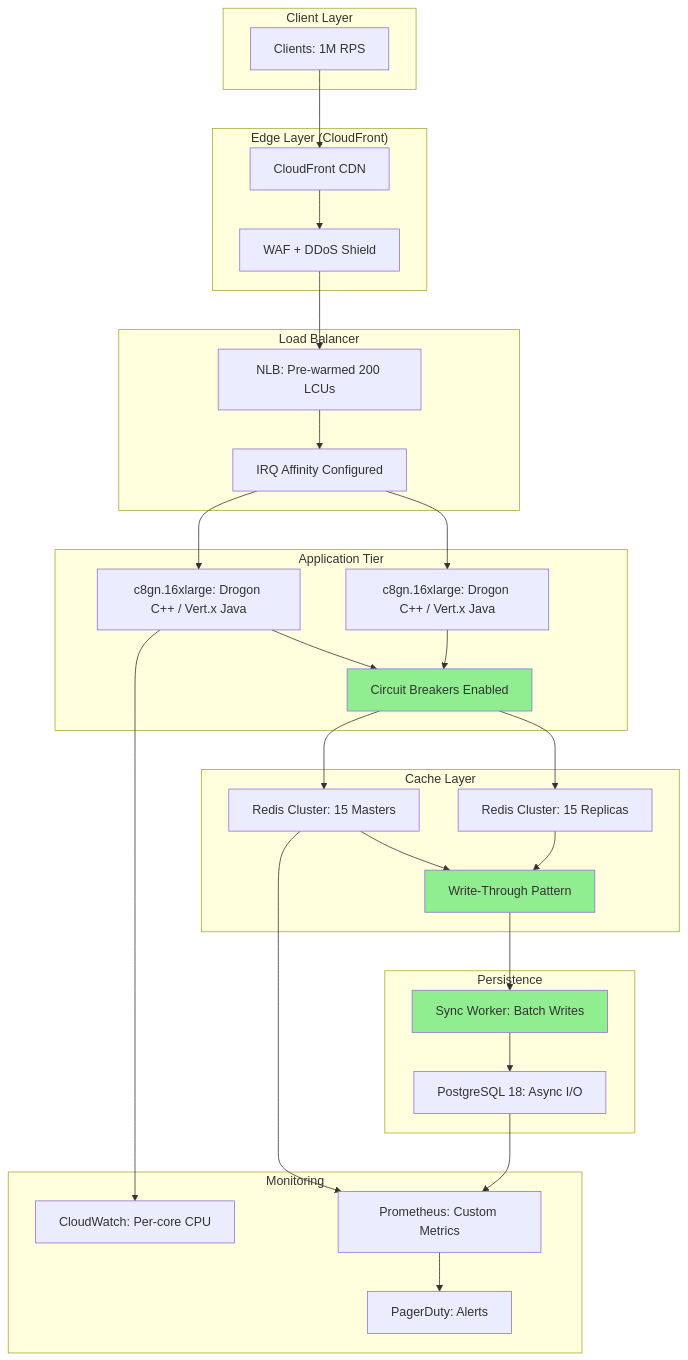
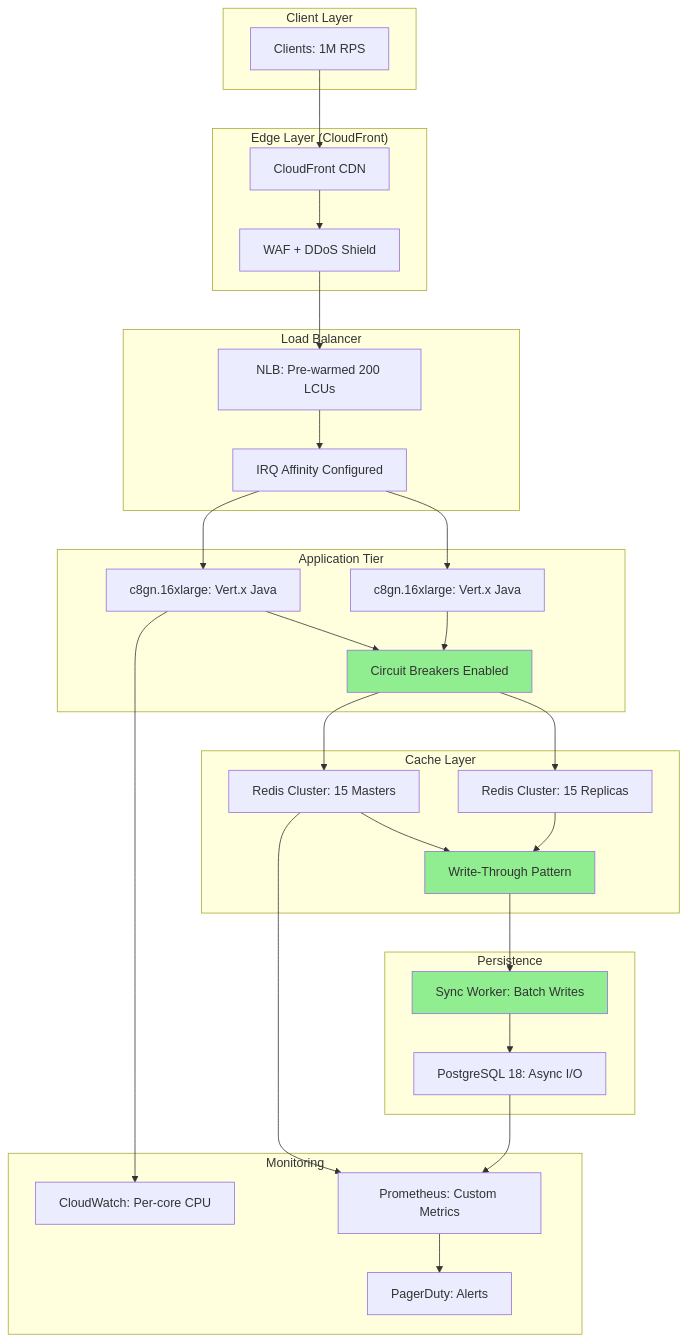
Before and after one commit to rsrini7/Learnings: the fourth of 5 diagrams in Architecture/Scaling-1M-RPS-Java.md, drawn with Mermaid. The commit also changed other lines of this file, not shown here.

First line of the commit message:
docs: update architecture blueprint with benchmark corrections

````diff
--- a/Architecture/Scaling-1M-RPS-Java.md
+++ b/Architecture/Scaling-1M-RPS-Java.md
@@ -963,63 +961,63 @@
 ```mermaid
 graph TB
     subgraph "Client Layer"
         A[Clients: 1M RPS]
     end
     
     subgraph "Edge Layer (CloudFront)"
         B[CloudFront CDN]
         C[WAF + DDoS Shield]
     end
     
     subgraph "Load Balancer"
         D[NLB: Pre-warmed 200 LCUs]
         E[IRQ Affinity Configured]
     end
     
     subgraph "Application Tier"
-        F1[c8gn.16xlarge: Drogon C++ / Vert.x Java]
-        F2[c8gn.16xlarge: Drogon C++ / Vert.x Java]
+        F1[c8gn.16xlarge: Vert.x Java]
+        F2[c8gn.16xlarge: Vert.x Java]
         G[Circuit Breakers Enabled]
     end
     
     subgraph "Cache Layer"
         H1[Redis Cluster: 15 Masters]
         H2[Redis Cluster: 15 Replicas]
         I[Write-Through Pattern]
     end
     
     subgraph "Persistence"
         J[PostgreSQL 18: Async I/O]
         K[Sync Worker: Batch Writes]
     end
     
     subgraph "Monitoring"
         L[CloudWatch: Per-core CPU]
         M[Prometheus: Custom Metrics]
         N[PagerDuty: Alerts]
     end
     
     A --> B
     B --> C
     C --> D
     D --> E
     E --> F1
     E --> F2
     F1 --> G
     F2 --> G
     G --> H1
     G --> H2
     H1 --> I
     H2 --> I
     I --> K
     K --> J
     
     F1 --> L
     H1 --> M
     J --> M
     M --> N
     
     style G fill:#90EE90
     style I fill:#90EE90
     style K fill:#90EE90
 ```
````
